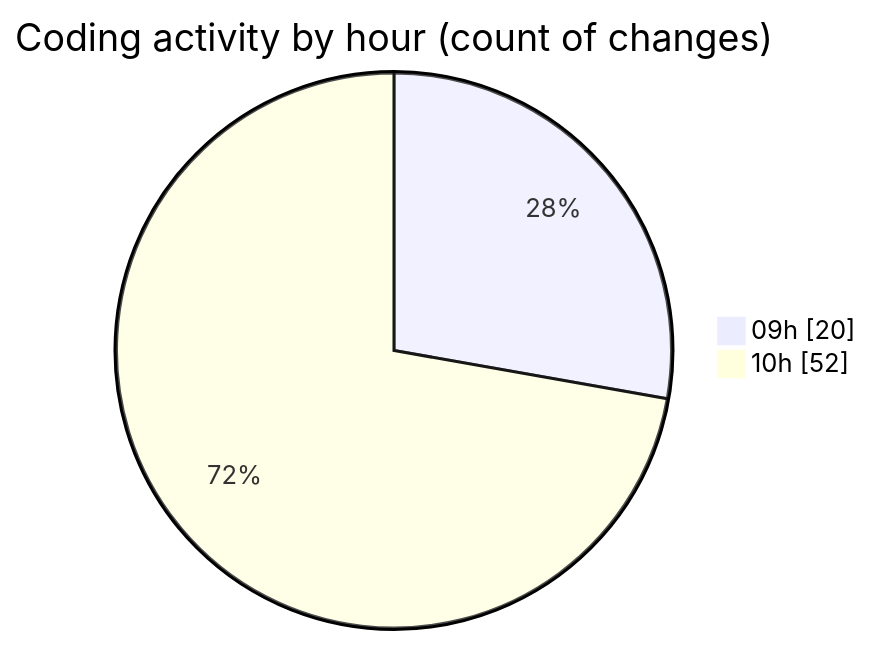
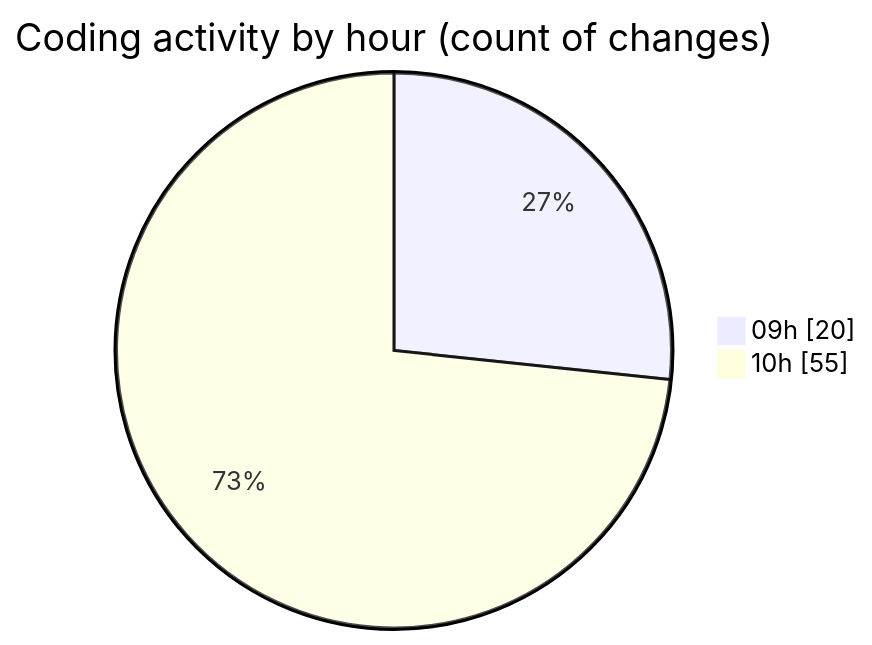
One commit to CELIANVF/code-tracking changed the second of 2 diagrams in 2025-06-06/ecodeli-1/README.md. Above: the diagram before and after it, drawn with Mermaid. The commit also changed other lines of this file and 1 other file, not shown here.

````diff
--- a/2025-06-06/ecodeli-1/README.md
+++ b/2025-06-06/ecodeli-1/README.md
@@ -57,6 +57,6 @@
 ```mermaid
 pie showData
 title Coding activity by hour (count of changes)
 "09h" : 20
-"10h" : 52
+"10h" : 55
 ```
````
